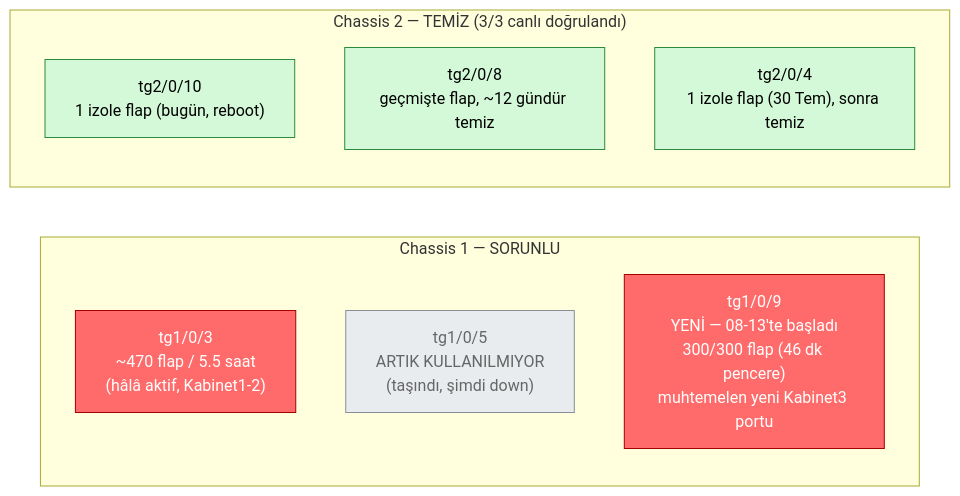
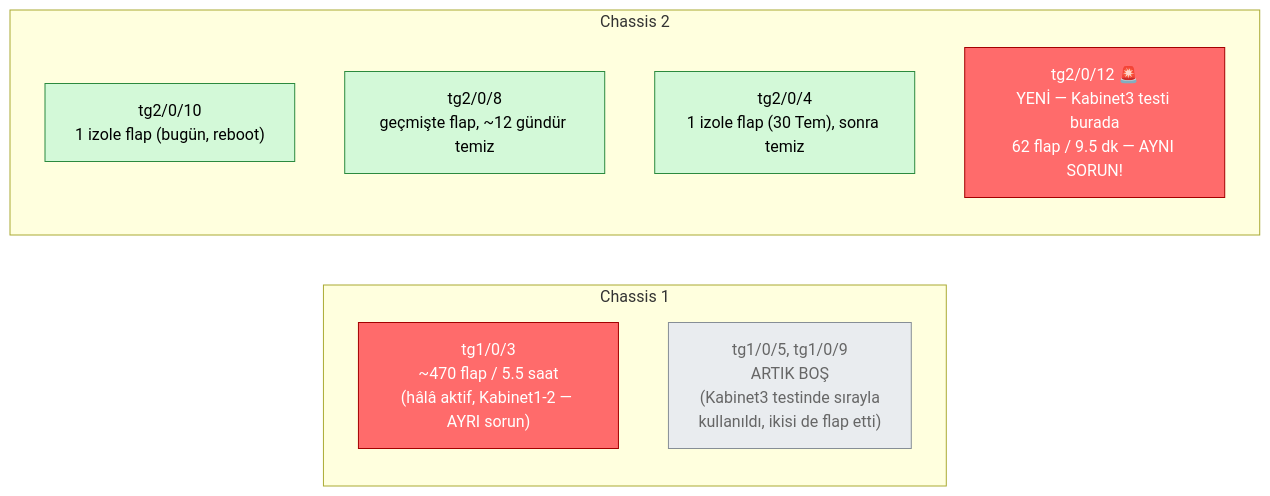
The second of 2 diagrams in topoloji_diyagram.md (SeFo19/Ozdoku-Config), drawn with Mermaid before and after one commit. The commit also changed other lines of this file and 2 other files, not shown here.

First line of the commit message:
KRİTİK: tg2/0/12 (chassis 2) testi sorunu doğruladı, kök neden Omurga değil

````diff
--- a/topoloji_diyagram.md
+++ b/topoloji_diyagram.md
@@ -82,23 +83,23 @@
 ```mermaid
 graph LR
-    subgraph "Chassis 1 — SORUNLU"
+    subgraph "Chassis 1"
         direction TB
-        A["tg1/0/3<br/>~470 flap / 5.5 saat<br/>(hâlâ aktif, Kabinet1-2)"]
-        B["tg1/0/5<br/>ARTIK KULLANILMIYOR<br/>(taşındı, şimdi down)"]
-        F["tg1/0/9<br/>YENİ — 08-13'te başladı<br/>300/300 flap (46 dk pencere)<br/>muhtemelen yeni Kabinet3 portu"]
+        A["tg1/0/3<br/>~470 flap / 5.5 saat<br/>(hâlâ aktif, Kabinet1-2 — AYRI sorun)"]
+        B["tg1/0/5, tg1/0/9<br/>ARTIK BOŞ<br/>(Kabinet3 testinde sırayla<br/>kullanıldı, ikisi de flap etti)"]
     end
-    subgraph "Chassis 2 — TEMİZ (3/3 canlı doğrulandı)"
+    subgraph "Chassis 2"
         direction TB
         C["tg2/0/10<br/>1 izole flap (bugün, reboot)"]
         D["tg2/0/8<br/>geçmişte flap, ~12 gündür temiz"]
         E["tg2/0/4<br/>1 izole flap (30 Tem), sonra temiz"]
+        G["tg2/0/12 🚨<br/>YENİ — Kabinet3 testi burada<br/>62 flap / 9.5 dk — AYNI SORUN!"]
     end
 
     classDef problem fill:#ff6b6b,stroke:#a30000,color:#fff
     classDef ok fill:#d3f9d8,stroke:#2b8a3e,color:#000
     classDef unused fill:#e9ecef,stroke:#868e96,color:#666
 
-    class A,F problem
+    class A,G problem
     class B unused
     class C,D,E ok
 ```
````
